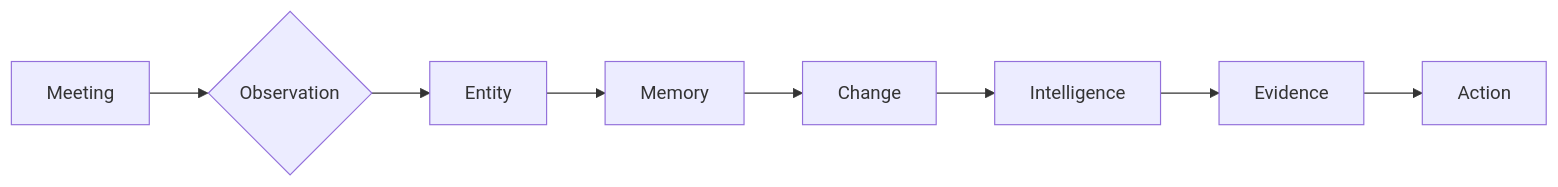
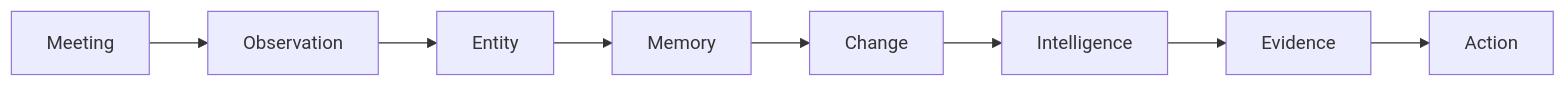
Before and after one commit to VIVEK-MARRI/ThreadLine: the first of 4 diagrams in README.md, drawn with Mermaid. The commit also changed other lines of this file, not shown here.

Commit message:
docs: redesign root README - evidence-first product overview, proof-based architecture diagrams, and honest quick start

````diff
--- a/README.md
+++ b/README.md
@@ -38,10 +13,10 @@
 ```mermaid
 flowchart LR
-    M[Meeting] --> O{Observation}
+    M[Meeting] --> O[Observation]
     O --> E[Entity]
     E --> Mem[Memory]
-    Mem --> Ch[Change]
-    Ch --> I[Intelligence]
+    Mem --> C[Change]
+    C --> I[Intelligence]
     I --> Ev[Evidence]
     Ev --> A[Action]
 ```
````
